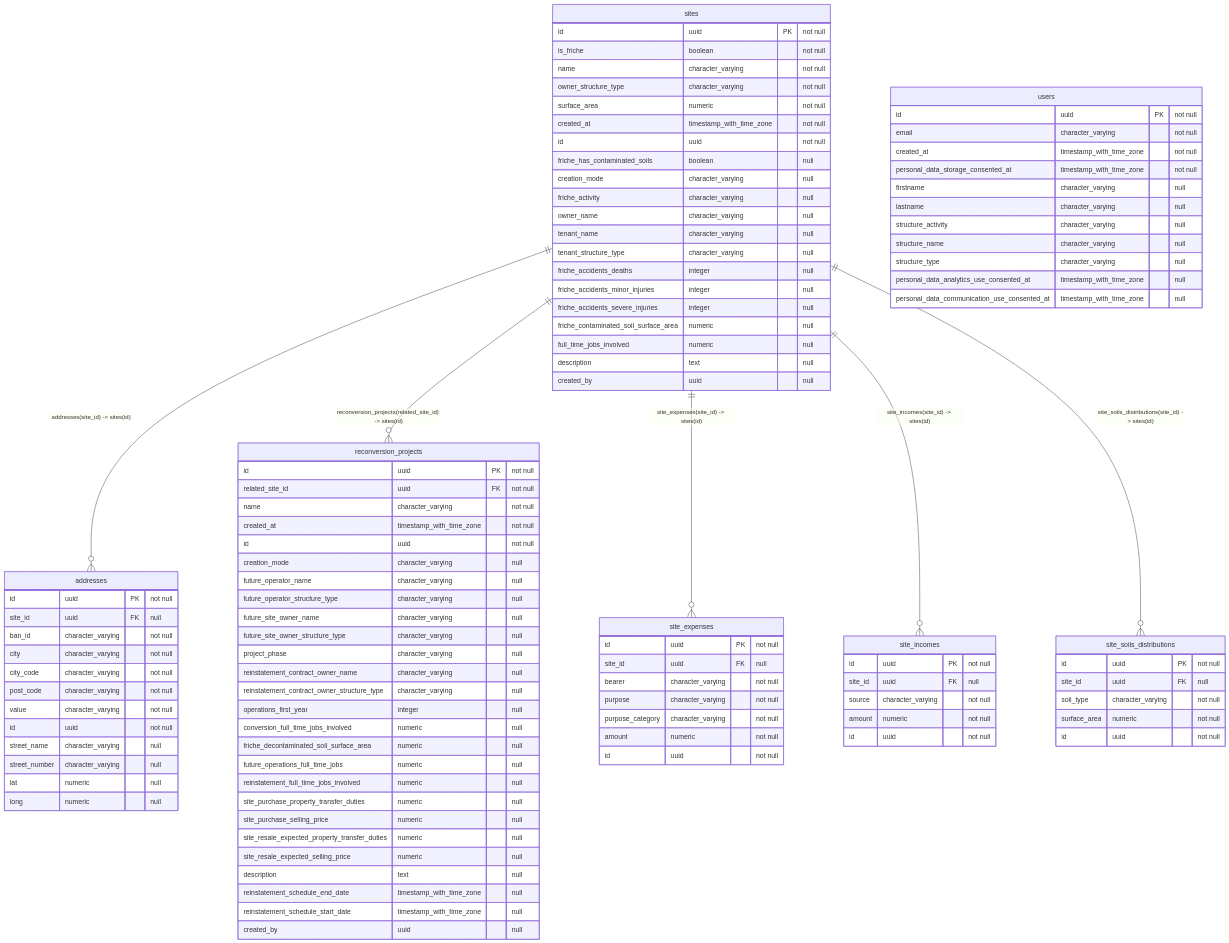
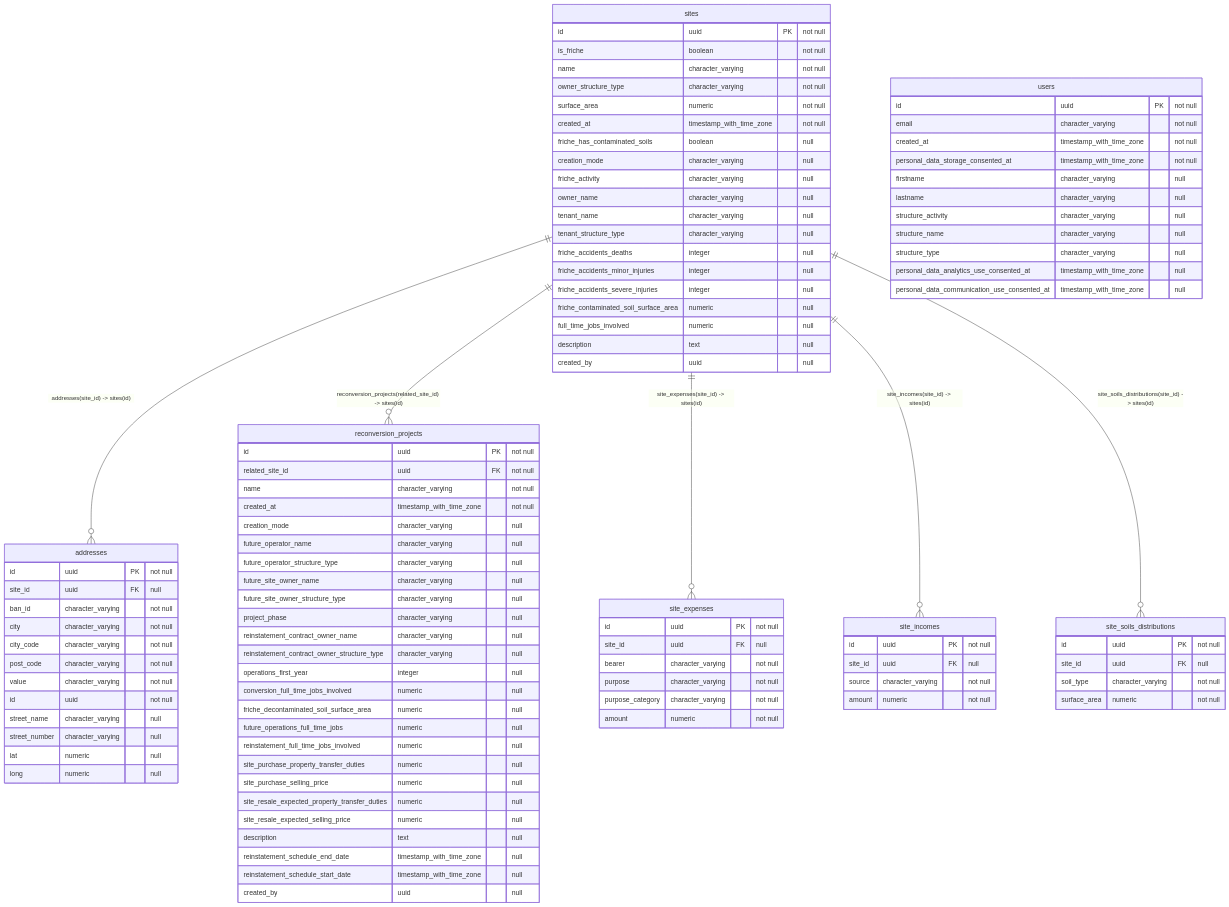
One commit to incubateur-ademe/benefriches changed the diagram in apps/api/docs/db_schema/SITES.md. Above: the diagram before and after it, drawn with Mermaid. The commit also changed 2 other files, not shown here.

Commit message:
docs: remove duplicate ids in entity relationships diagrams

```diff
--- a/apps/api/docs/db_schema/SITES.md
+++ b/apps/api/docs/db_schema/SITES.md
@@ -23,7 +23,6 @@
         related_site_id uuid FK "not null"
         name character_varying "not null"
         created_at timestamp_with_time_zone "not null"
-        id uuid "not null"
         creation_mode character_varying "null"
         future_operator_name character_varying "null"
         future_operator_structure_type character_varying "null"
@@ -54,7 +53,6 @@
         purpose character_varying "not null"
         purpose_category character_varying "not null"
         amount numeric "not null"
-        id uuid "not null"
     }
 
     site_incomes {
@@ -62,7 +60,6 @@
         site_id uuid FK "null"
         source character_varying "not null"
         amount numeric "not null"
-        id uuid "not null"
     }
 
     site_soils_distributions {
@@ -70,7 +67,6 @@
         site_id uuid FK "null"
         soil_type character_varying "not null"
         surface_area numeric "not null"
-        id uuid "not null"
     }
 
     sites {
@@ -80,7 +76,6 @@
         owner_structure_type character_varying "not null"
         surface_area numeric "not null"
         created_at timestamp_with_time_zone "not null"
-        id uuid "not null"
         friche_has_contaminated_soils boolean "null"
         creation_mode character_varying "null"
         friche_activity character_varying "null"
```
